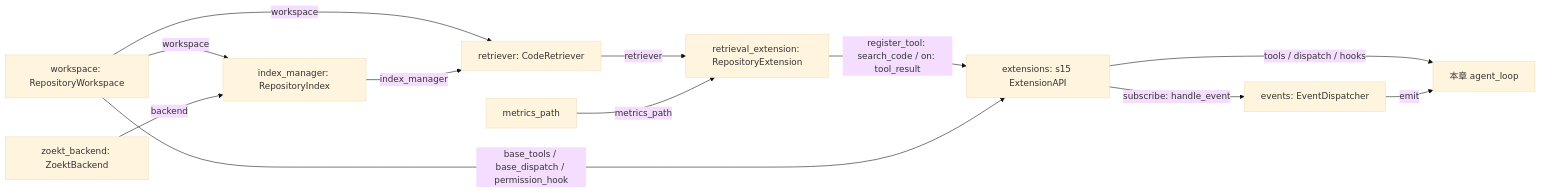
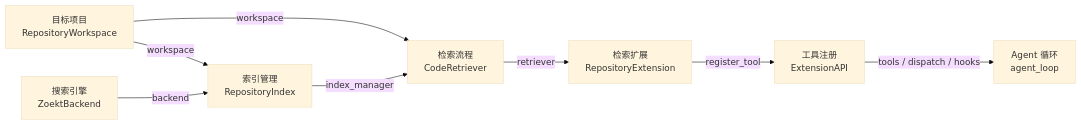
The second of 2 diagrams in s16_repository_search/README.md (liuying151203-create/pi-code-agent), drawn with Mermaid (base theme) before and after one commit. The commit also changed other lines of this file and 2 other files, not shown here.

Commit message:
docs(s16): add system architecture overview / 新增系统整体架构示意图

````diff
--- a/s16_repository_search/README.md
+++ b/s16_repository_search/README.md
@@ -125,14 +127,10 @@
 ```mermaid
 flowchart LR
-    W[workspace: RepositoryWorkspace] -->|workspace| I[index_manager: RepositoryIndex]
-    B[zoekt_backend: ZoektBackend] -->|backend| I
-    W -->|workspace| R[retriever: CodeRetriever]
-    I -->|index_manager| R
-    R -->|retriever| X[retrieval_extension: RepositoryExtension]
-    P[metrics_path] -->|metrics_path| X
-    X -->|register_tool: search_code / on: tool_result| A[extensions: s15 ExtensionAPI]
-    W -->|base_tools / base_dispatch / permission_hook| A
-    A -->|tools / dispatch / hooks| L[本章 agent_loop]
-    A -->|subscribe: handle_event| E[events: EventDispatcher]
-    E -->|emit| L
+    workspace["目标项目<br/>RepositoryWorkspace"] -->|workspace| index_manager["索引管理<br/>RepositoryIndex"]
+    zoekt_backend["搜索引擎<br/>ZoektBackend"] -->|backend| index_manager
+    workspace -->|workspace| retriever["检索流程<br/>CodeRetriever"]
+    index_manager -->|index_manager| retriever
+    retriever -->|retriever| retrieval_extension["检索扩展<br/>RepositoryExtension"]
+    retrieval_extension -->|register_tool| extensions["工具注册<br/>ExtensionAPI"]
+    extensions -->|"tools / dispatch / hooks"| agent_loop["Agent 循环<br/>agent_loop"]
 ```
````
